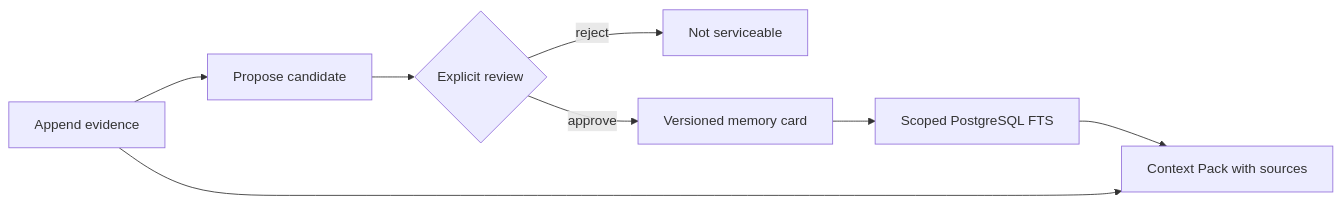
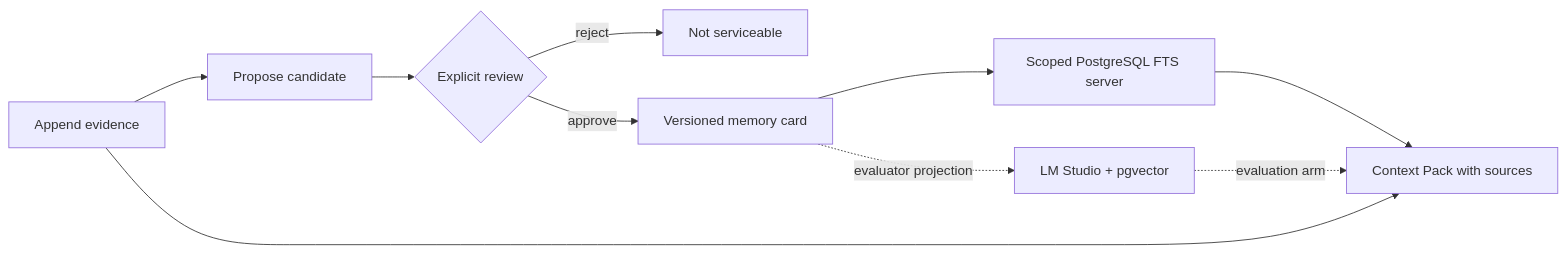
One commit to ksana-ai/agent-memory-system changed the diagram in README.md. Above: the diagram before and after it, drawn with Mermaid. The commit also changed other lines of this file and 24 other files, not shown here.

Commit message:
feat: add LM Studio pgvector evaluation

````diff
--- a/README.md
+++ b/README.md
@@ -11,10 +11,12 @@
 ```mermaid
 flowchart LR
     E[Append evidence] --> C[Propose candidate]
     C --> R{Explicit review}
     R -->|reject| X[Not serviceable]
     R -->|approve| M[Versioned memory card]
-    M --> S[Scoped PostgreSQL FTS]
+    M --> S[Scoped PostgreSQL FTS server]
+    M -. evaluator projection .-> V[LM Studio + pgvector]
     E --> P[Context Pack with sources]
     S --> P
+    V -. evaluation arm .-> P
 ```
````
